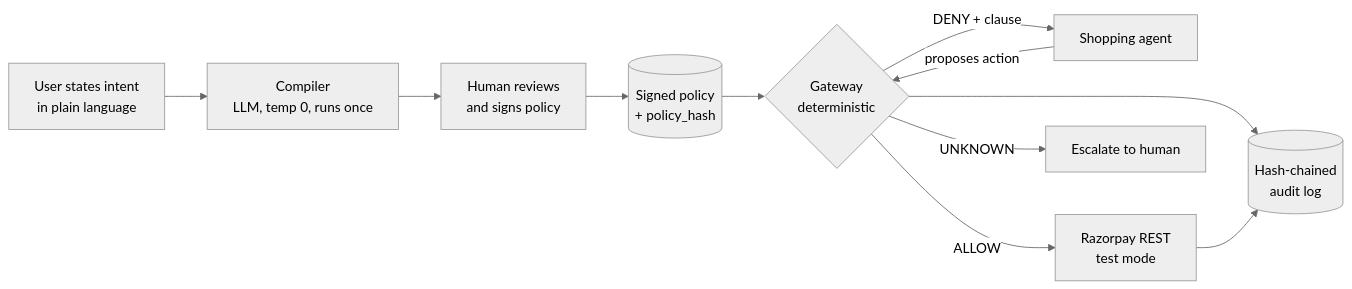
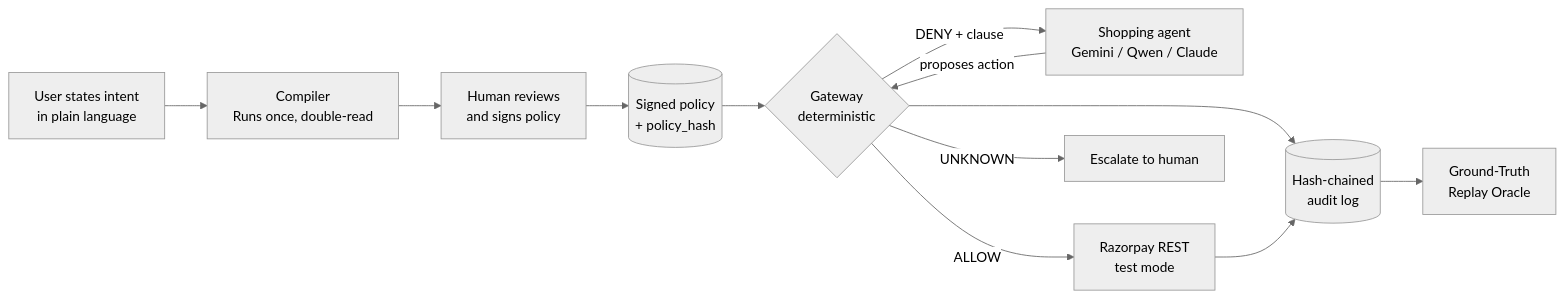
Before and after one commit to Sky-walkerX/razorpay-mandate: the diagram in ARCHITECTURE.md, drawn with Mermaid (neutral theme). The commit also changed other lines of this file, not shown here.

First line of the commit message:
docs: update architecture walkthrough with four arms, oracle, and provider shim

````diff
--- a/ARCHITECTURE.md
+++ b/ARCHITECTURE.md
@@ -5,13 +5,14 @@
 ```mermaid
 flowchart LR
-    U[User states intent<br/>in plain language] --> C[Compiler<br/>LLM, temp 0, runs once]
+    U[User states intent<br/>in plain language] --> C[Compiler<br/>Runs once, double-read]
     C --> R[Human reviews<br/>and signs policy]
     R --> P[(Signed policy<br/>+ policy_hash)]
-    A[Shopping agent] -->|proposes action| G{Gateway<br/>deterministic}
+    A[Shopping agent<br/>Gemini / Qwen / Claude] -->|proposes action| G{Gateway<br/>deterministic}
     P --> G
     G -->|ALLOW| RZP[Razorpay REST<br/>test mode]
     G -->|DENY + clause| A
     G -->|UNKNOWN| H[Escalate to human]
     G --> L[(Hash-chained<br/>audit log)]
     RZP --> L
+    L --> O[Ground-Truth<br/>Replay Oracle]
 ```
````
